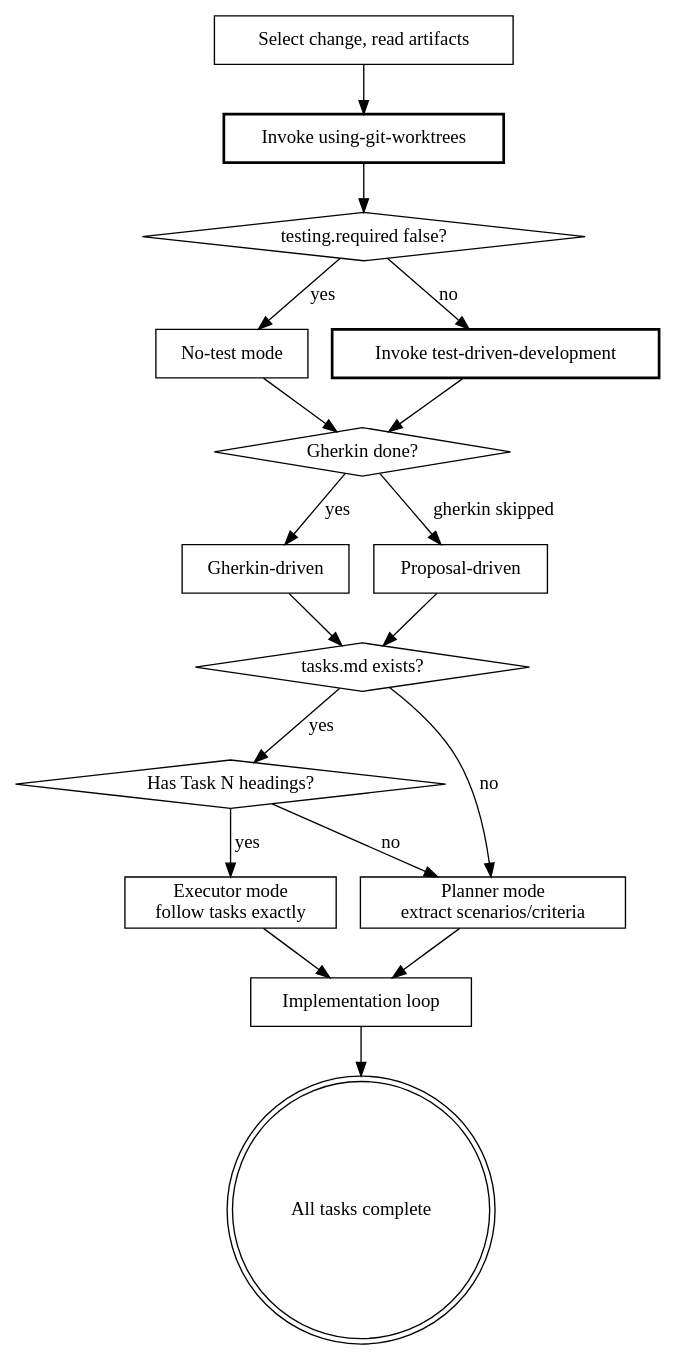
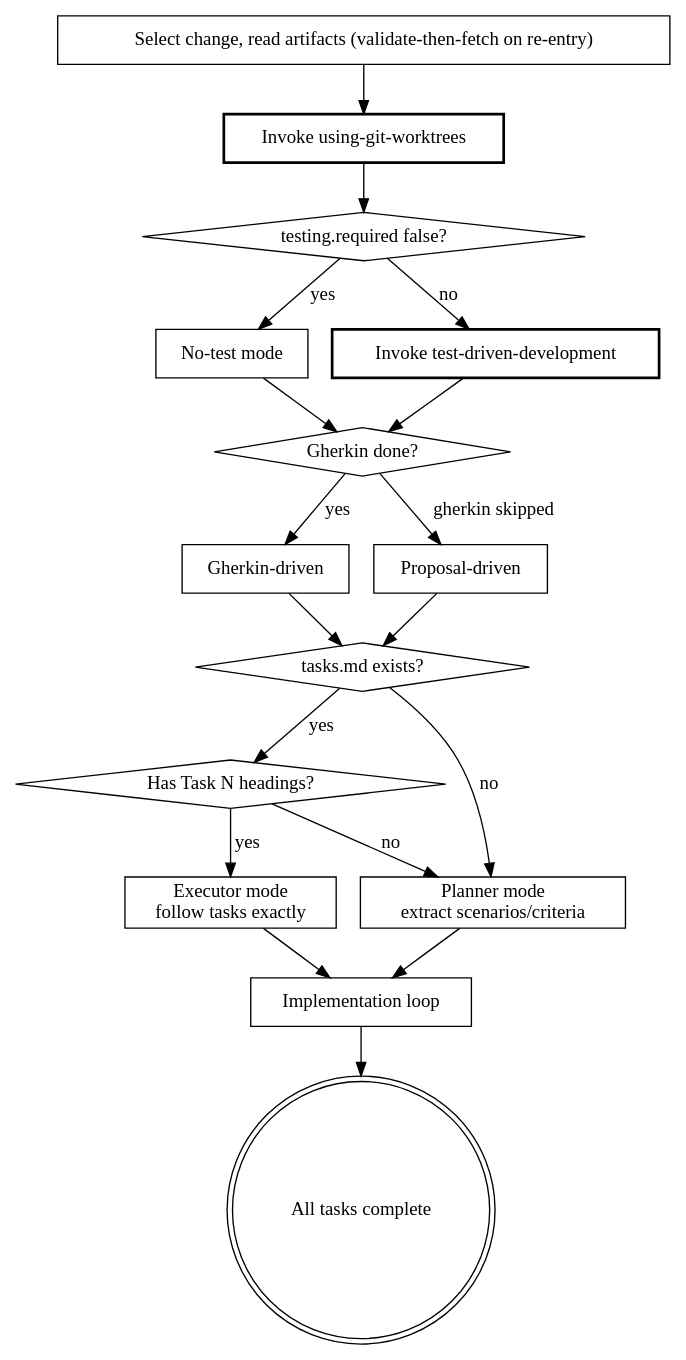
Before and after one commit to kirkchen/beat: the diagram in skills/apply/SKILL.md, drawn with Graphviz. The commit also changed other lines of this file, not shown here.

````diff
--- a/skills/apply/SKILL.md
+++ b/skills/apply/SKILL.md
@@ -88,36 +94,36 @@
 ```dot
 digraph apply {
-    "Select change, read artifacts" [shape=box];
+    "Select change, read artifacts (validate-then-fetch on re-entry)" [shape=box];
     "Invoke using-git-worktrees" [shape=box, style=bold];
     "testing.required false?" [shape=diamond];
     "No-test mode" [shape=box];
     "Invoke test-driven-development" [shape=box, style=bold];
     "Gherkin done?" [shape=diamond];
     "Gherkin-driven" [shape=box];
     "Proposal-driven" [shape=box];
     "tasks.md exists?" [shape=diamond];
     "Has Task N headings?" [shape=diamond];
     "Executor mode\nfollow tasks exactly" [shape=box];
     "Planner mode\nextract scenarios/criteria" [shape=box];
     "Implementation loop" [shape=box];
     "All tasks complete" [shape=doublecircle];
 
-    "Select change, read artifacts" -> "Invoke using-git-worktrees";
+    "Select change, read artifacts (validate-then-fetch on re-entry)" -> "Invoke using-git-worktrees";
     "Invoke using-git-worktrees" -> "testing.required false?";
     "testing.required false?" -> "No-test mode" [label="yes"];
     "testing.required false?" -> "Invoke test-driven-development" [label="no"];
     "No-test mode" -> "Gherkin done?";
     "Invoke test-driven-development" -> "Gherkin done?";
     "Gherkin done?" -> "Gherkin-driven" [label="yes"];
     "Gherkin done?" -> "Proposal-driven" [label="gherkin skipped"];
     "Gherkin-driven" -> "tasks.md exists?";
     "Proposal-driven" -> "tasks.md exists?";
     "tasks.md exists?" -> "Has Task N headings?" [label="yes"];
     "tasks.md exists?" -> "Planner mode\nextract scenarios/criteria" [label="no"];
     "Has Task N headings?" -> "Executor mode\nfollow tasks exactly" [label="yes"];
     "Has Task N headings?" -> "Planner mode\nextract scenarios/criteria" [label="no"];
     "Executor mode\nfollow tasks exactly" -> "Implementation loop";
     "Planner mode\nextract scenarios/criteria" -> "Implementation loop";
     "Implementation loop" -> "All tasks complete";
 }
 ```
````
